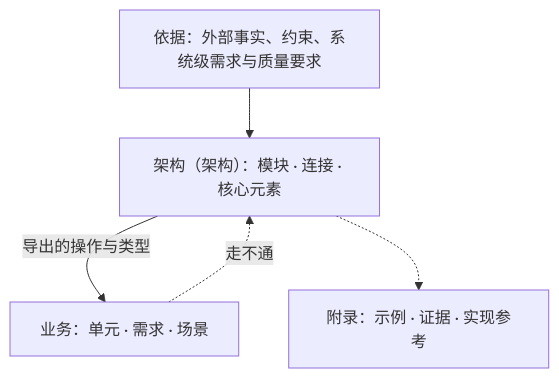
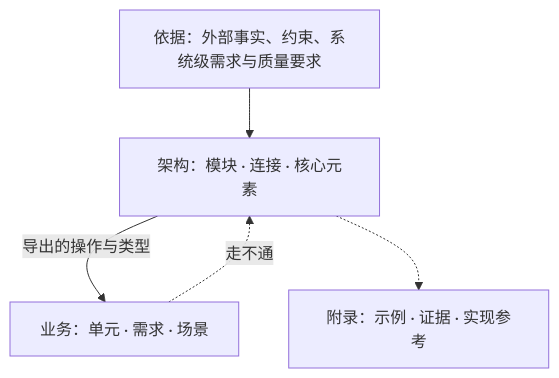
Before and after one commit to mouriya-s-lab/SSoT: the first of 3 diagrams in skills/software-design/SKILL.md, drawn with Mermaid. The commit also changed other lines of this file and 1 other file, not shown here.

````diff
--- a/skills/software-design/SKILL.md
+++ b/skills/software-design/SKILL.md
@@ -35,7 +36,7 @@
 ```mermaid
 flowchart TB
-    G["依据：外部事实、约束、系统级需求与质量要求"] --> A["架构（架构）：模块 · 连接 · 核心元素"]
+    G["依据：外部事实、约束、系统级需求与质量要求"] --> A["架构：模块 · 连接 · 核心元素"]
     A -->|"导出的操作与类型"| B["业务：单元 · 需求 · 场景"]
     B -.->|"走不通"| A
     A -.-> X["附录：示例 · 证据 · 实现参考"]
 ```
````
